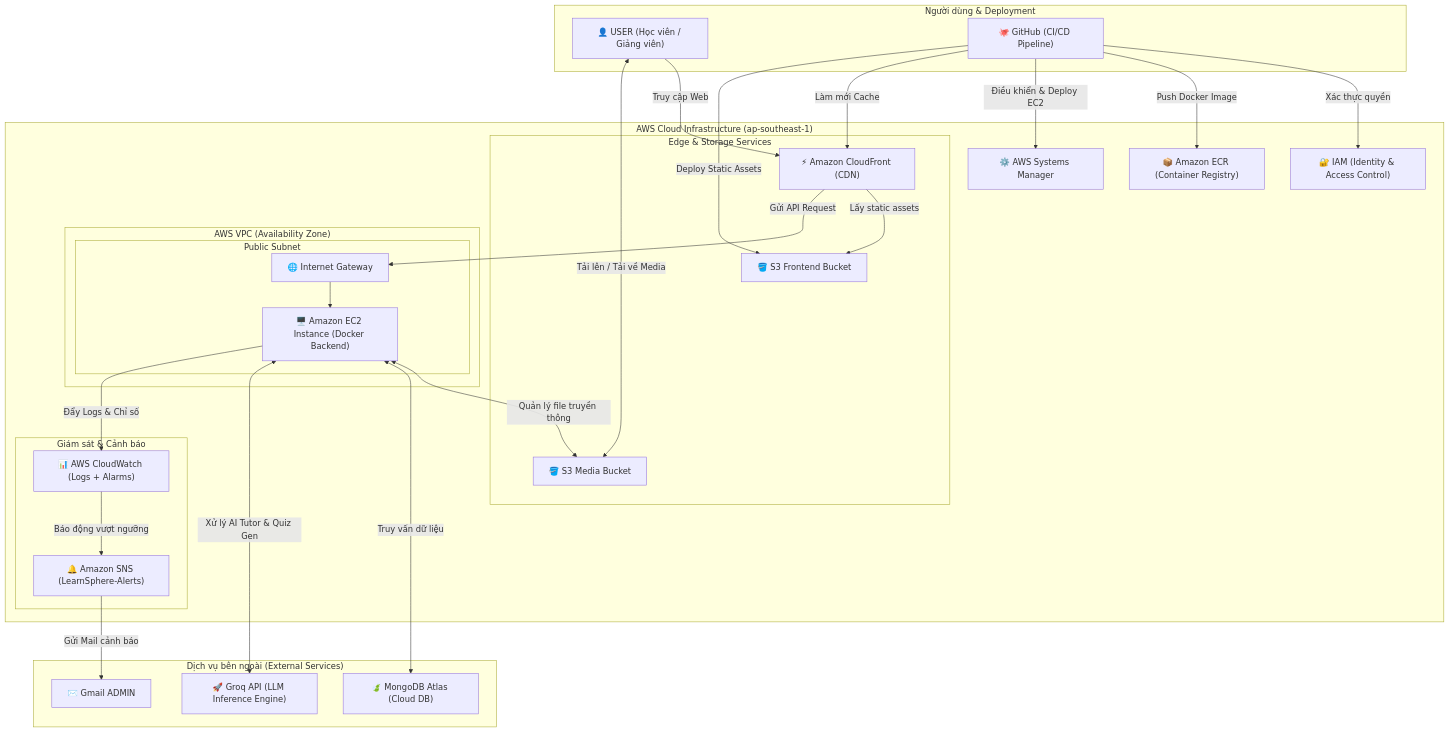
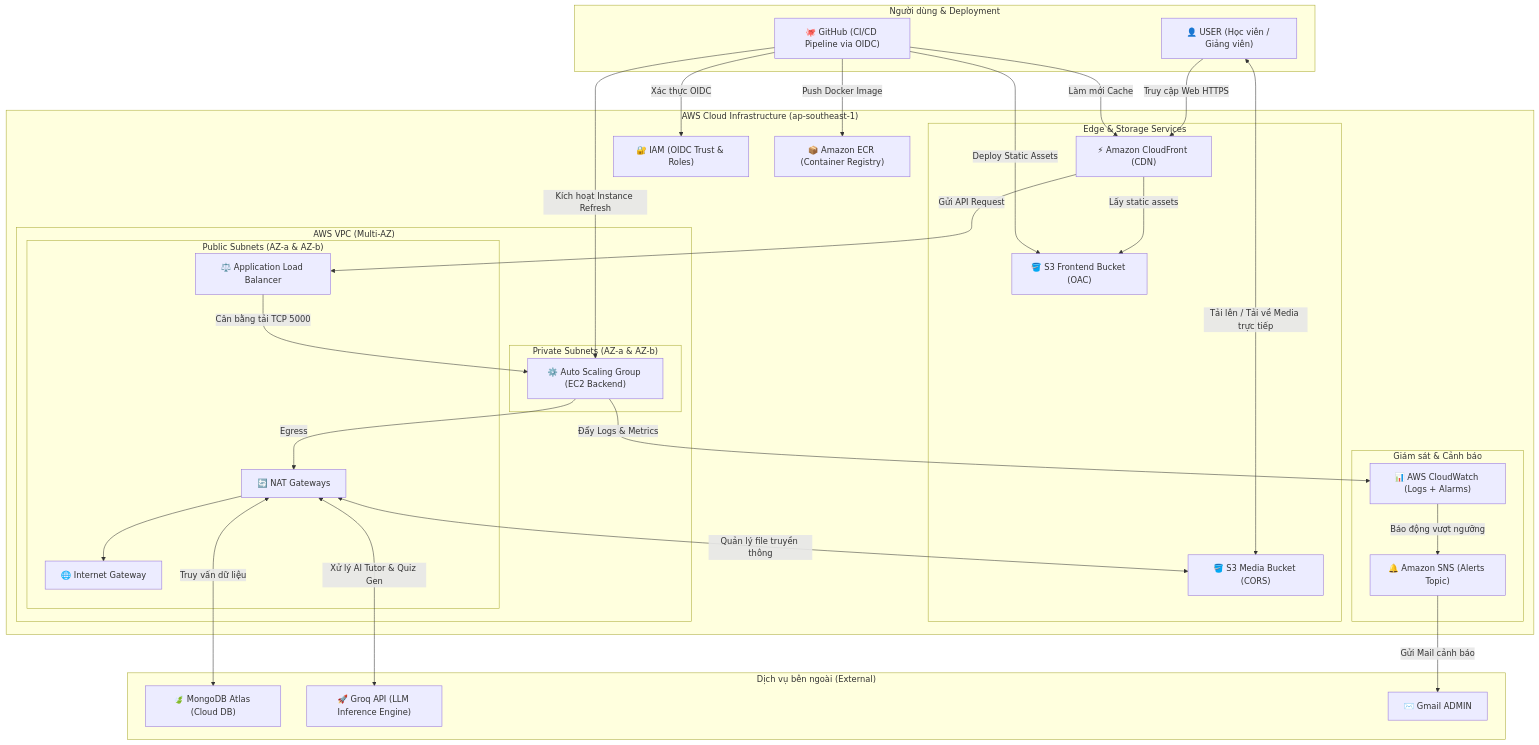
The diagram in content/2-Proposal/_index.vi.md (Sonnguyen2410/Report_Nguyen_Hong_Son), drawn with Mermaid before and after one commit. The commit also changed other lines of this file and 245 other files, not shown here.

```diff
--- a/content/2-Proposal/_index.vi.md
+++ b/content/2-Proposal/_index.vi.md
@@ -40,61 +39,67 @@
 {{< mermaid >}}
 graph TD
     subgraph Users_Dev ["Người dùng & Deployment"]
         User["👤 USER (Học viên / Giảng viên)"]
-        GitHub["🐙 GitHub (CI/CD Pipeline)"]
+        GitHub["🐙 GitHub (CI/CD Pipeline via OIDC)"]
     end
 
     subgraph AWS_Cloud ["AWS Cloud Infrastructure (ap-southeast-1)"]
-        IAM["🔐 IAM (Identity & Access Control)"]
+        IAM["🔐 IAM (OIDC Trust & Roles)"]
         ECR["📦 Amazon ECR (Container Registry)"]
-        SSM["⚙️ AWS Systems Manager"]
 
         subgraph Edge_Storage ["Edge & Storage Services"]
             CloudFront["⚡ Amazon CloudFront (CDN)"]
-            S3_FE["🪣 S3 Frontend Bucket"]
-            S3_Media["🪣 S3 Media Bucket"]
+            S3_FE["🪣 S3 Frontend Bucket (OAC)"]
+            S3_Media["🪣 S3 Media Bucket (CORS)"]
         end
 
-        subgraph VPC ["AWS VPC (Availability Zone)"]
-            subgraph PublicSubnet ["Public Subnet"]
+        subgraph VPC ["AWS VPC (Multi-AZ)"]
+            subgraph PublicSubnets ["Public Subnets (AZ-a & AZ-b)"]
                 IGW["🌐 Internet Gateway"]
-                EC2["🖥️ Amazon EC2 Instance (Docker Backend)"]
+                ALB["⚖️ Application Load Balancer"]
+                NAT["🔄 NAT Gateways"]
+            end
+            
+            subgraph PrivateSubnets ["Private Subnets (AZ-a & AZ-b)"]
+                ASG["⚙️ Auto Scaling Group (EC2 Backend)"]
             end
         end
 
         subgraph Monitoring_Alerts ["Giám sát & Cảnh báo"]
             CloudWatch["📊 AWS CloudWatch (Logs + Alarms)"]
-            SNS["🔔 Amazon SNS (LearnSphere-Alerts)"]
+            SNS["🔔 Amazon SNS (Alerts Topic)"]
         end
     end
 
-    subgraph External ["Dịch vụ bên ngoài (External Services)"]
+    subgraph External ["Dịch vụ bên ngoài (External)"]
         MongoDB["🍃 MongoDB Atlas (Cloud DB)"]
         Groq["🚀 Groq API (LLM Inference Engine)"]
         Gmail["✉️ Gmail ADMIN"]
     end
 
     %% User Flow
-    User -->|Truy cập Web| CloudFront
+    User -->|Truy cập Web HTTPS| CloudFront
     CloudFront -->|Lấy static assets| S3_FE
-    CloudFront -->|Gửi API Request| IGW
-    IGW --> EC2
-    User <-->|Tải lên / Tải về Media| S3_Media
+    CloudFront -->|Gửi API Request| ALB
+    ALB -->|Cân bằng tải TCP 5000| ASG
+    User <-->|Tải lên / Tải về Media trực tiếp| S3_Media
 
     %% GitHub CI/CD Flow
-    GitHub -->|Xác thực quyền| IAM
+    GitHub -->|Xác thực OIDC| IAM
     GitHub -->|Push Docker Image| ECR
-    GitHub -->|Điều khiển & Deploy EC2| SSM
+    GitHub -->|Kích hoạt Instance Refresh| ASG
     GitHub -->|Làm mới Cache| CloudFront
     GitHub -->|Deploy Static Assets| S3_FE
 
-    %% EC2 Core Services
-    EC2 <-->|Quản lý file truyền thông| S3_Media
-    EC2 <-->|Truy vấn dữ liệu| MongoDB
-    EC2 <-->|Xử lý AI Tutor & Quiz Gen| Groq
-    EC2 -->|Đẩy Logs & Chỉ số| CloudWatch
+    %% Backend Flow
+    ASG -->|Egress| NAT
+    NAT --> IGW
+    NAT <-->|Quản lý file truyền thông| S3_Media
+    NAT <-->|Truy vấn dữ liệu| MongoDB
+    NAT <-->|Xử lý AI Tutor & Quiz Gen| Groq
+    ASG -->|Đẩy Logs & Metrics| CloudWatch
 
     %% System Monitoring & Notification Loop
     CloudWatch -->|Báo động vượt ngưỡng| SNS
     SNS -->|Gửi Mail cảnh báo| Gmail
 {{< /mermaid >}}
```
